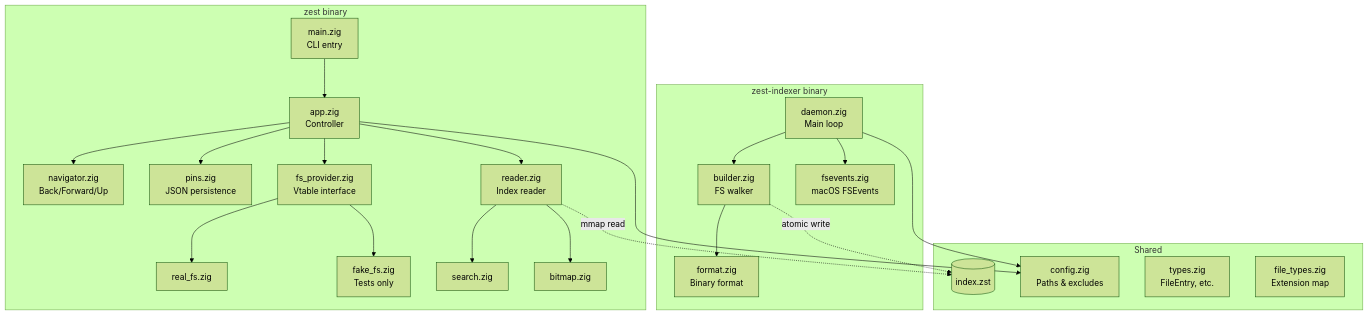
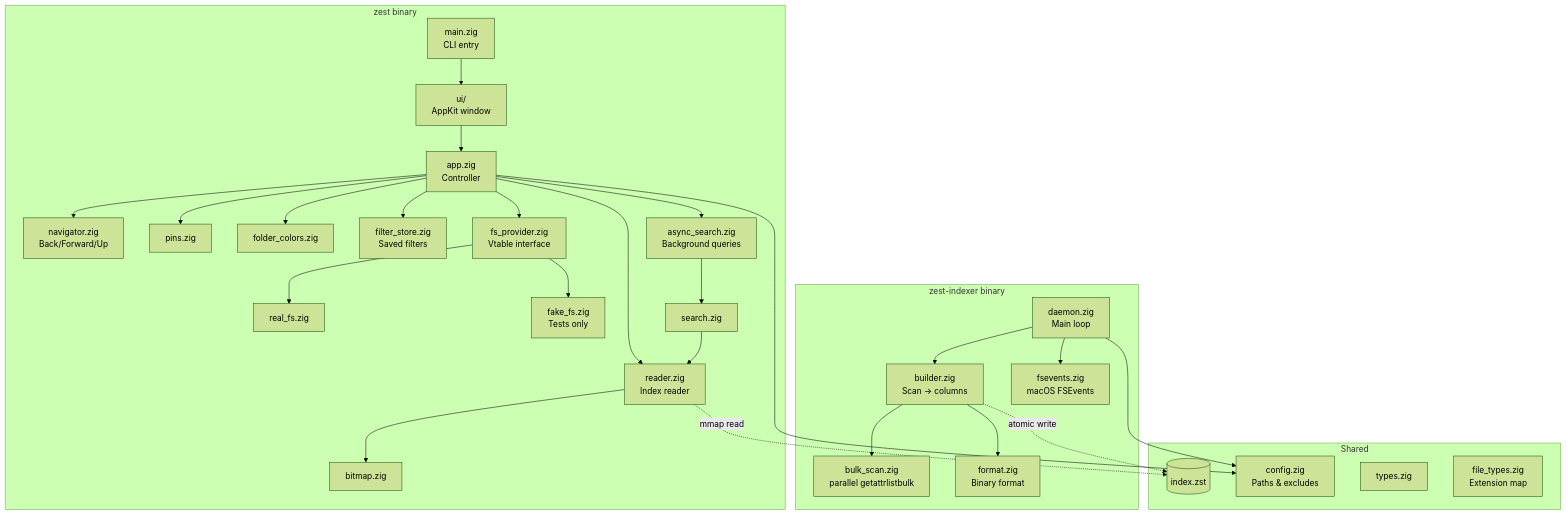
One commit to HelgeSverre/zest changed the fourth of 4 diagrams in README.md. Above: the diagram before and after it, drawn with Mermaid (forest theme). The commit also changed other lines of this file, not shown here.

````diff
--- a/README.md
+++ b/README.md
@@ -173,32 +177,38 @@
 ```mermaid
 graph TB
     subgraph "zest binary"
-        Main[main.zig<br/>CLI entry] --> App[app.zig<br/>Controller]
+        Main[main.zig<br/>CLI entry] --> UI[ui/<br/>AppKit window]
+        UI --> App[app.zig<br/>Controller]
         App --> Nav[navigator.zig<br/>Back/Forward/Up]
-        App --> Pins[pins.zig<br/>JSON persistence]
+        App --> Pins[pins.zig]
+        App --> Colors[folder_colors.zig]
+        App --> FStore[filter_store.zig<br/>Saved filters]
+        App --> AS[async_search.zig<br/>Background queries]
         App --> IR[reader.zig<br/>Index reader]
         App --> FS[fs_provider.zig<br/>Vtable interface]
         FS --> RealFs[real_fs.zig]
         FS --> FakeFs[fake_fs.zig<br/>Tests only]
-        IR --> Search[search.zig]
+        AS --> Search[search.zig]
+        Search --> IR
         IR --> Bitmap[bitmap.zig]
     end
 
     subgraph "zest-indexer binary"
-        Daemon[daemon.zig<br/>Main loop] --> Builder[builder.zig<br/>FS walker]
+        Daemon[daemon.zig<br/>Main loop] --> Builder[builder.zig<br/>Scan → columns]
+        Builder --> Bulk[bulk_scan.zig<br/>parallel getattrlistbulk]
         Daemon --> FSE[fsevents.zig<br/>macOS FSEvents]
         Builder --> Format[format.zig<br/>Binary format]
     end
 
     subgraph "Shared"
         Index[(index.zst)]
         Config[config.zig<br/>Paths & excludes]
-        Types[types.zig<br/>FileEntry, etc.]
+        Types[types.zig]
         FT[file_types.zig<br/>Extension map]
     end
 
     IR -.->|mmap read| Index
     Builder -.->|atomic write| Index
     App --> Config
     Daemon --> Config
 ```
````
